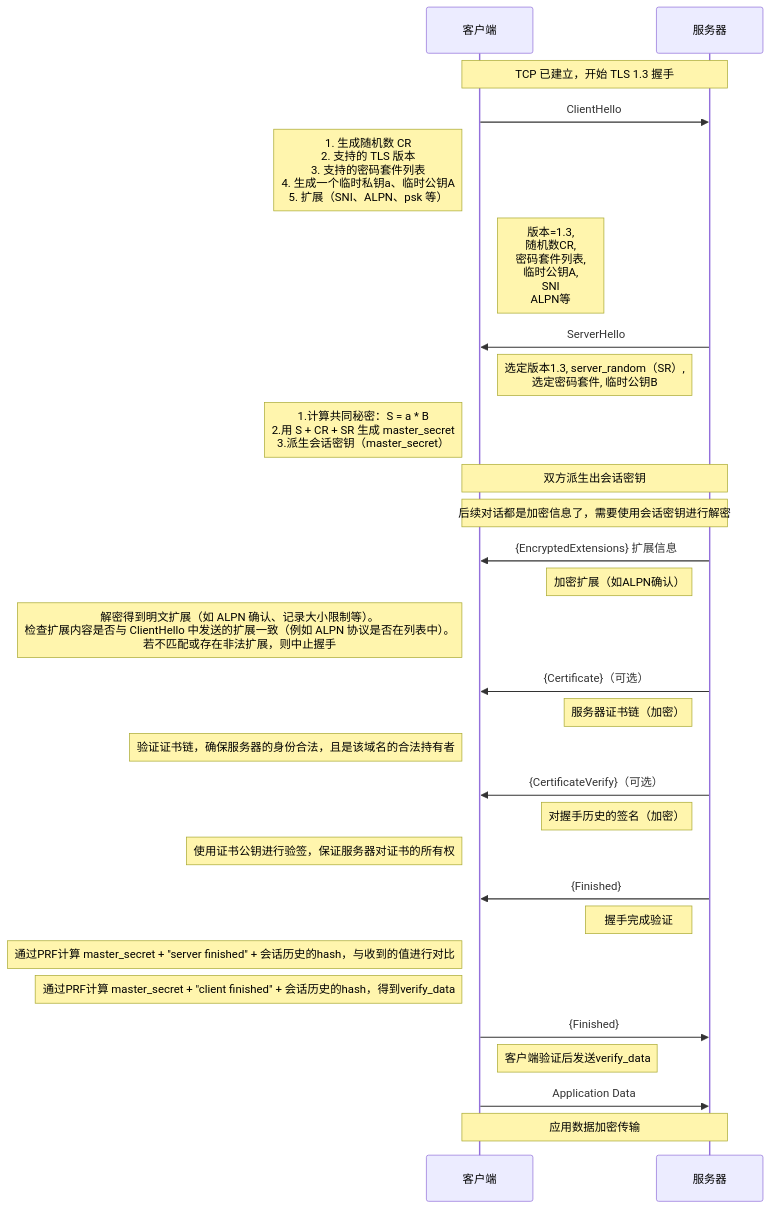
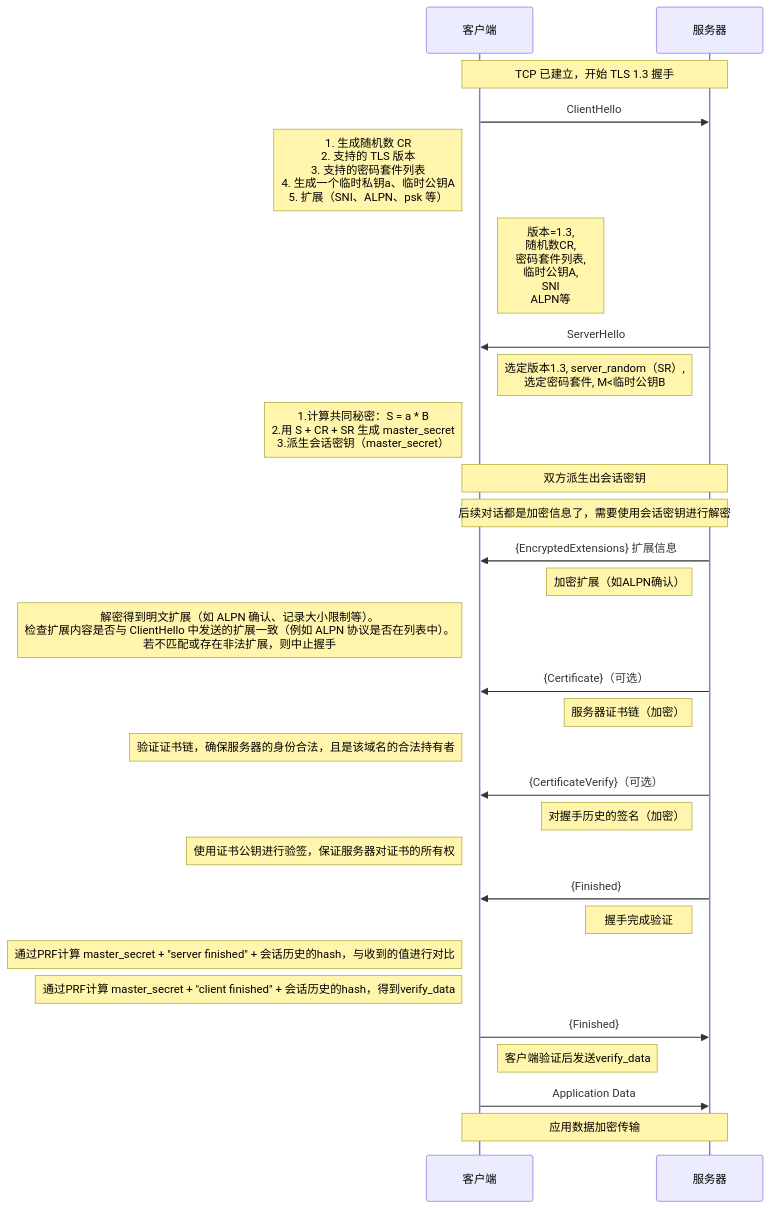
The diagram in all/TLS-1.3-通用.md (HY-10-8/iodraw-files), drawn with Mermaid before and after one commit.

Commit message:
2026-03-31 09:18:33 update

````diff
--- a/all/TLS-1.3-通用.md
+++ b/all/TLS-1.3-通用.md
@@ -1,41 +1,41 @@
 ```mermaid
 sequenceDiagram
     participant C as 客户端
     participant S as 服务器
 
     Note over C,S: TCP 已建立，开始 TLS 1.3 握手
 
     C->>S: ClientHello
     Note left of C: 1. 生成随机数 CR<br/> 2. 支持的 TLS 版本<br/> 3. 支持的密码套件列表<br/> 4. 生成一个临时私钥a、临时公钥A<br/> 5. 扩展（SNI、ALPN、psk 等）
     Note right of C: 版本=1.3,<br/> 随机数CR,<br/> 密码套件列表,<br/> 临时公钥A,<br/> SNI<br/> ALPN等
 
     S->>C: ServerHello
-    Note left of S: 选定版本1.3, server_random（SR）,<br/> 选定密码套件, 临时公钥B
+    Note left of S: 选定版本1.3, server_random（SR）,<br/> 选定密码套件, M<临时公钥B
     Note left of C: 1.计算共同秘密：S = a * B<br/> 2.用 S + CR + SR 生成 master_secret<br/> 3.派生会话密钥（master_secret）
 
     Note over C,S: 双方派生出会话密钥
     Note over C,S: 后续对话都是加密信息了，需要使用会话密钥进行解密
 
     S->>C: {EncryptedExtensions} 扩展信息
     Note left of S: 加密扩展（如ALPN确认）
     Note left of C: 解密得到明文扩展（如 ALPN 确认、记录大小限制等）。<br/>检查扩展内容是否与 ClientHello 中发送的扩展一致（例如 ALPN 协议是否在列表中）。<br/> 若不匹配或存在非法扩展，则中止握手
 
     S->>C: {Certificate}（可选）
     Note left of S: 服务器证书链（加密）
     Note left of C: 验证证书链，确保服务器的身份合法，且是该域名的合法持有者
 
     S->>C: {CertificateVerify}（可选）
     Note left of S: 对握手历史的签名（加密）
     Note left of C: 使用证书公钥进行验签，保证服务器对证书的所有权
 
     S->>C: {Finished}
     Note left of S: 握手完成验证
     Note left of C: 通过PRF计算 master_secret + "server finished" + 会话历史的hash，与收到的值进行对比
     Note left of C: 通过PRF计算 master_secret + "client finished" + 会话历史的hash，得到verify_data
 
     C->>S: {Finished}
     Note right of C: 客户端验证后发送verify_data
 
     C->>S: Application Data
     Note over C,S: 应用数据加密传输
 ```
````
